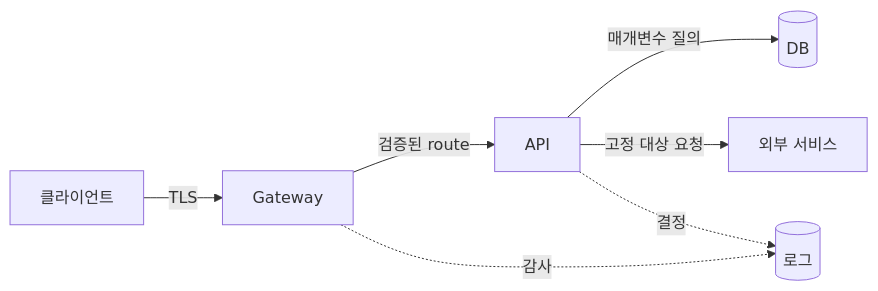
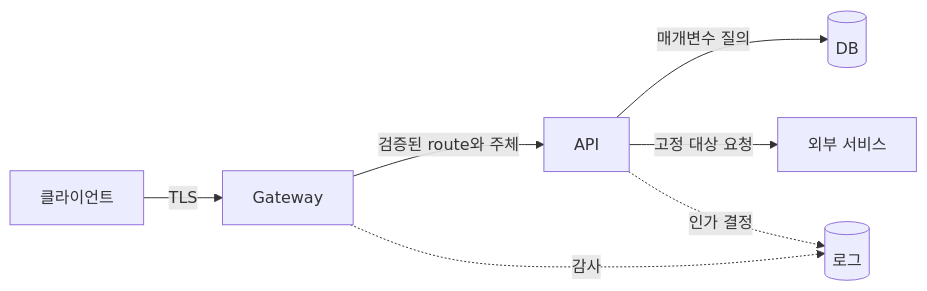
The diagram in learning/security-cryptography/09-network-boundaries-and-application-security.md (mj006648/netai-devsecops-runbook), drawn with Mermaid before and after one commit. The commit also changed other lines of this file and 55 other files, not shown here.

````diff
--- a/learning/security-cryptography/09-network-boundaries-and-application-security.md
+++ b/learning/security-cryptography/09-network-boundaries-and-application-security.md
@@ -25,9 +34,9 @@
 ```mermaid
 flowchart LR
     C[클라이언트] -->|TLS| G[Gateway]
-    G -->|검증된 route| A[API]
+    G -->|검증된 route와 주체| A[API]
     A -->|매개변수 질의| D[(DB)]
     A -->|고정 대상 요청| E[외부 서비스]
     G -.감사.-> L[(로그)]
-    A -.결정.-> L
+    A -.인가 결정.-> L
 ```
````
